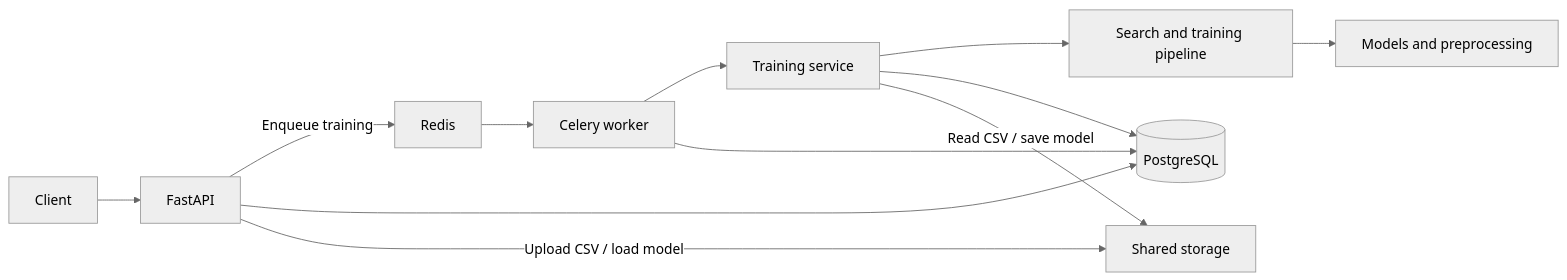
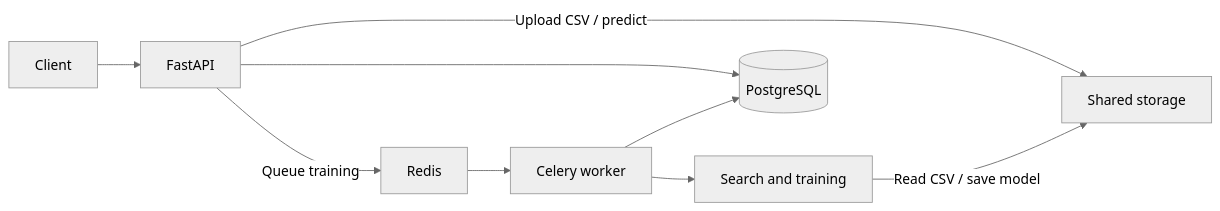
The diagram in README.md (ottalejq/AutoML), drawn with Mermaid (neutral theme) before and after one commit. The commit also changed other lines of this file and 11 other files, not shown here.

````diff
--- a/README.md
+++ b/README.md
@@ -9,14 +9,11 @@
 ```mermaid
 flowchart LR
-    Client[Client] --> API[FastAPI]
-    API -->|Enqueue training| Redis[Redis]
+    Client --> API[FastAPI]
+    API -->|Queue training| Redis
     Redis --> Worker[Celery worker]
-    Worker --> Training[Training service]
-    Training --> Pipeline[Search and training pipeline]
-    Pipeline --> Models[Models and preprocessing]
+    Worker --> Pipeline[Search and training]
     API --> DB[(PostgreSQL)]
     Worker --> DB
-    Training --> DB
-    API -->|Upload CSV / load model| Storage[Shared storage]
-    Training -->|Read CSV / save model| Storage
+    API -->|Upload CSV / predict| Storage[Shared storage]
+    Pipeline -->|Read CSV / save model| Storage
 ```
````
